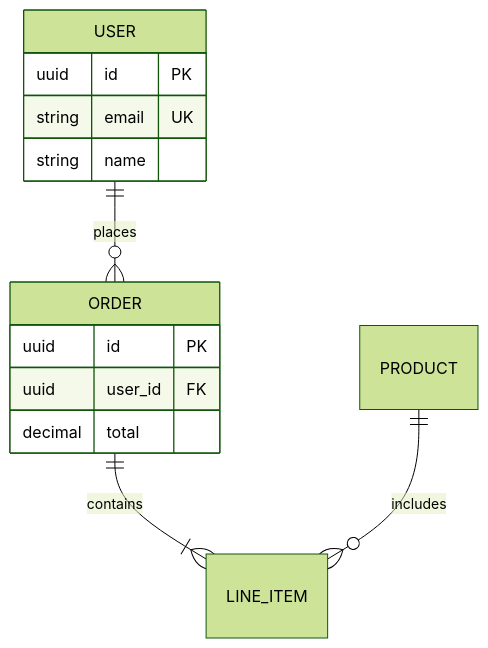
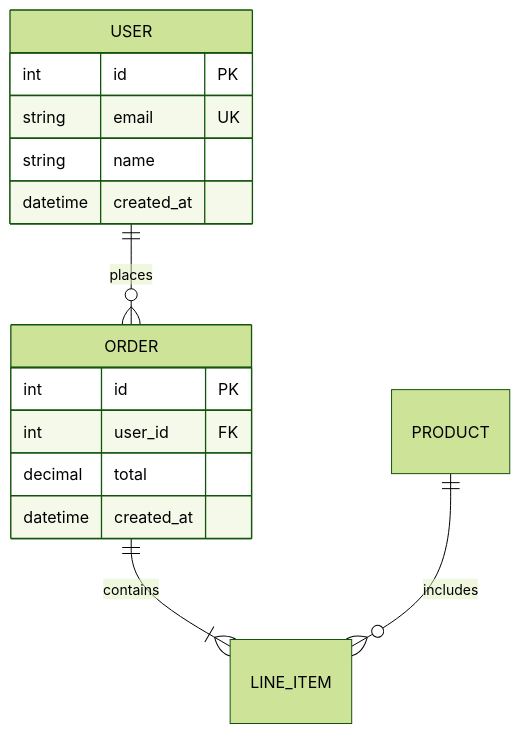
One commit to pascalandy/dotfiles changed the fifth of 6 diagrams in dot_config/ai_templates/skills/utils/mermaid/SKILL.md. Above: the diagram before and after it, drawn with Mermaid (forest theme). The commit also changed other lines of this file and 9 other files, not shown here.

First line of the commit message:
📚 docs: expand Mermaid skill guidance

````diff
--- a/dot_config/ai_templates/skills/utils/mermaid/SKILL.md
+++ b/dot_config/ai_templates/skills/utils/mermaid/SKILL.md
@@ -122,18 +115,20 @@
 ```mermaid
 erDiagram
     USER ||--o{ ORDER : places
     ORDER ||--|{ LINE_ITEM : contains
     PRODUCT ||--o{ LINE_ITEM : includes
 
     USER {
-        uuid id PK
+        int id PK
         string email UK
         string name
+        datetime created_at
     }
 
     ORDER {
-        uuid id PK
-        uuid user_id FK
+        int id PK
+        int user_id FK
         decimal total
+        datetime created_at
     }
 ```
````
